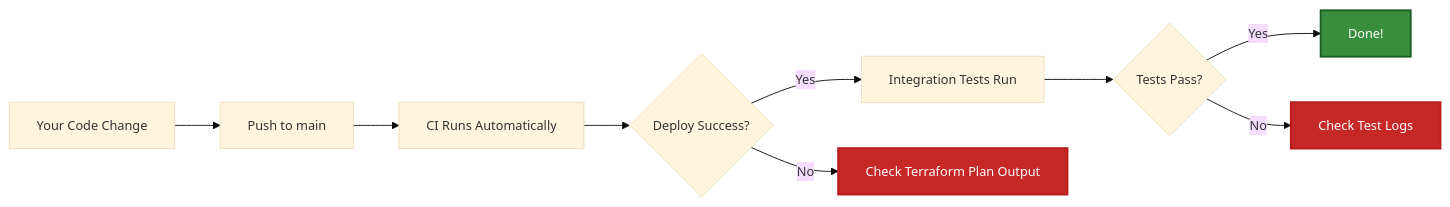
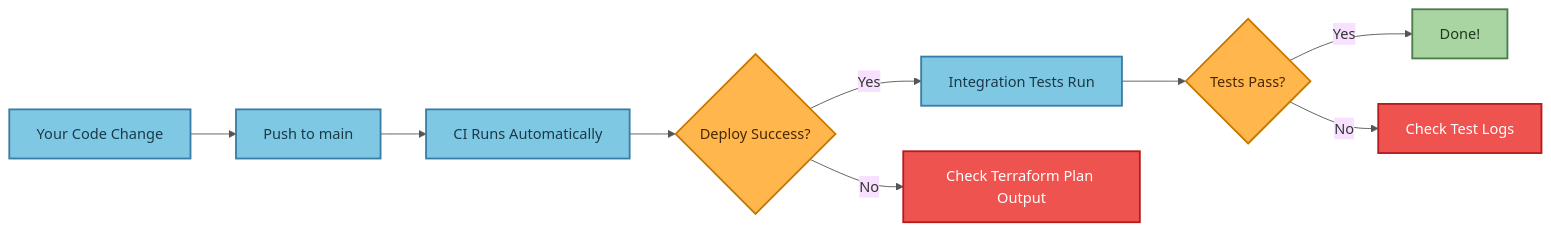
The fourth of 9 diagrams in docs/TERRAFORM_DEPLOYMENT_FLOW.md (traylorre/sentiment-analyzer-gsk), drawn with Mermaid before and after one commit. The commit also changed other lines of this file and 3 other files, not shown here.

First line of the commit message:
docs: Update mermaid diagrams with better contrast colors

````diff
--- a/docs/TERRAFORM_DEPLOYMENT_FLOW.md
+++ b/docs/TERRAFORM_DEPLOYMENT_FLOW.md
@@ -155,18 +163,22 @@
 ```mermaid
-%%{init: {'theme':'base', 'themeVariables': {'fontSize':'14px'}}}%%
+%%{init: {'theme':'base', 'themeVariables': {'primaryColor':'#fff8e1', 'primaryTextColor':'#333', 'primaryBorderColor':'#c9a227', 'lineColor':'#555'}}}%%
 flowchart LR
     A[Your Code Change] --> B[Push to main]
     B --> C[CI Runs Automatically]
     C --> D{Deploy Success?}
     D -->|Yes| E[Integration Tests Run]
     D -->|No| F[Check Terraform Plan Output]
     E --> G{Tests Pass?}
     G -->|Yes| H[Done!]
     G -->|No| I[Check Test Logs]
 
-    classDef successNode fill:#388e3c,stroke:#1b5e20,stroke-width:2px,color:#fff
-    classDef errorNode fill:#c62828,stroke:#b71c1c,stroke-width:2px,color:#fff
+    classDef processNode fill:#7ec8e3,stroke:#3a7ca5,stroke-width:2px,color:#1a3a4a
+    classDef decisionNode fill:#ffb74d,stroke:#c77800,stroke-width:2px,color:#4a2800
+    classDef successNode fill:#a8d5a2,stroke:#4a7c4e,stroke-width:2px,color:#1e3a1e
+    classDef errorNode fill:#ef5350,stroke:#b71c1c,stroke-width:2px,color:#fff
 
+    class A,B,C,E processNode
+    class D,G decisionNode
     class H successNode
     class F,I errorNode
 ```
````
